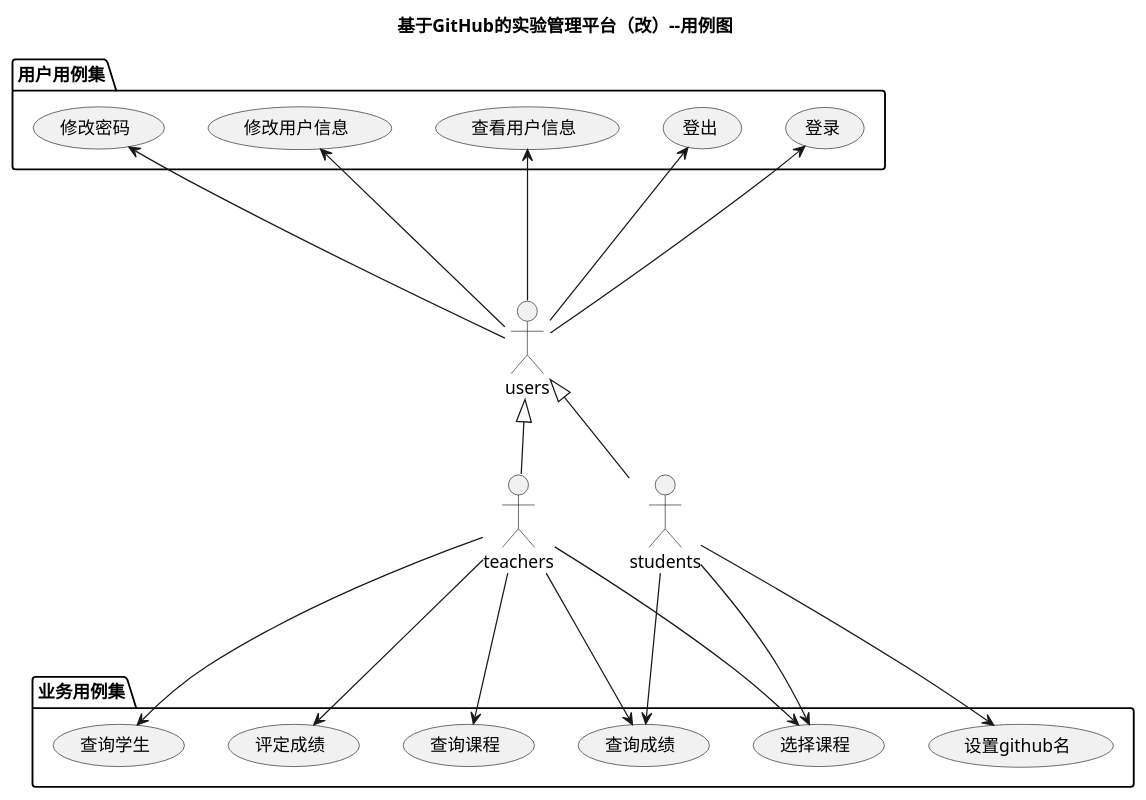
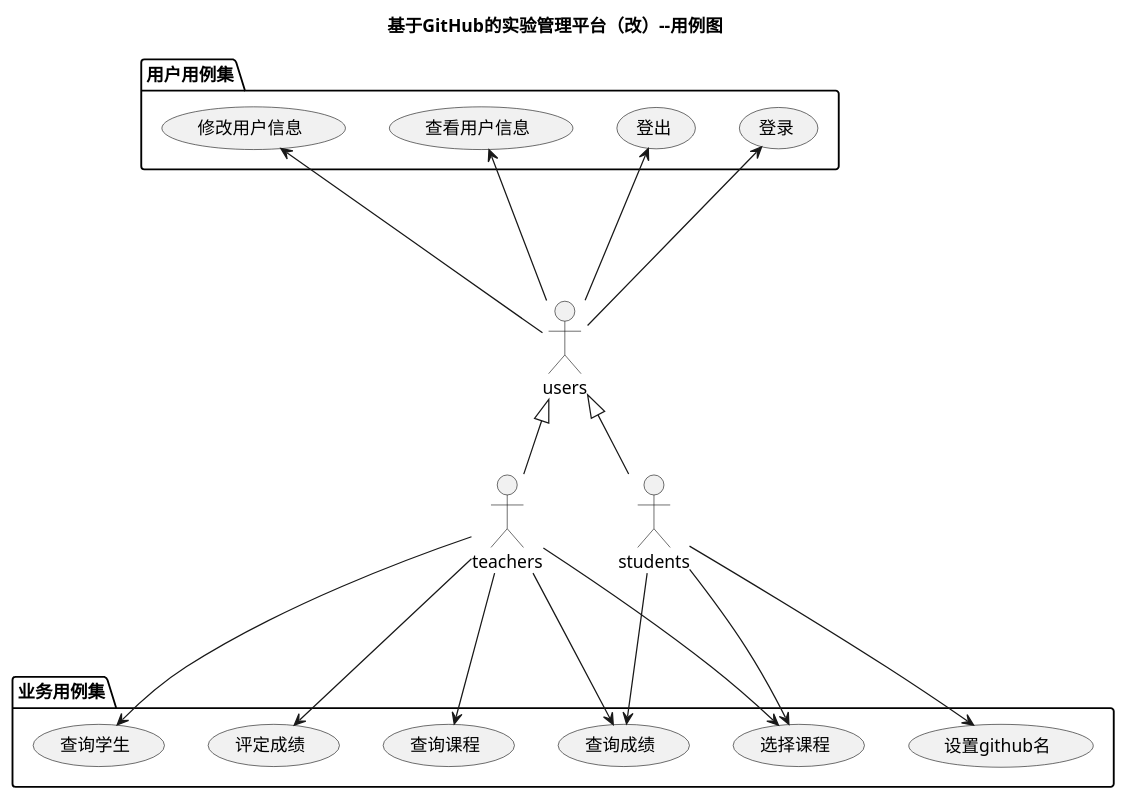
The diagram in test6/src/UseCase.puml (HaurchefantGreystone/is_analysis), drawn with PlantUML before and after one commit. The commit also changed 310 other files, not shown here.

```diff
--- a/test6/src/UseCase.puml
+++ b/test6/src/UseCase.puml
@@ -1,26 +1,25 @@
 @startuml
 title 基于GitHub的实验管理平台（改）--用例图
 actor teachers
 actor students
 actor users
 users <|-- teachers
 users <|-- students
 
 package 用户用例集 {
 users --up-> (登录)
 users --up-> (登出)
 users --up-> (查看用户信息)
 users --up-> (修改用户信息)
-users --up-> (修改密码)
 }
 package 业务用例集 {
 teachers ---> (评定成绩)
 teachers ---> (选择课程)
 teachers ---> (查询课程)
 teachers ---> (查询学生)
 teachers ---> (查询成绩)
 students ---> (选择课程)
 students ---> (设置github名)
 students ---> (查询成绩)
 }
 @enduml
```
